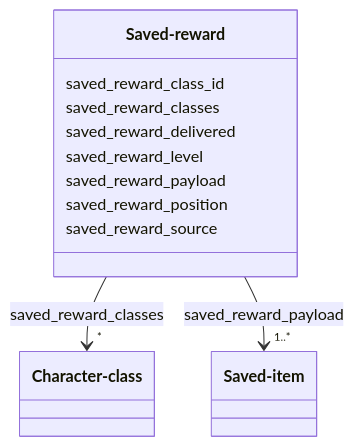
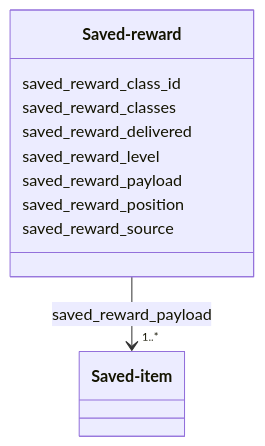
The diagram in docs/ontology/mermaid/classes/saved-reward.mmd (M4jor-Tom/pixlnd.game), drawn with Mermaid before and after one commit. The commit also changed 31 other files, not shown here.

```diff
--- a/docs/ontology/mermaid/classes/saved-reward.mmd
+++ b/docs/ontology/mermaid/classes/saved-reward.mmd
@@ -1,14 +1,12 @@
  classDiagram
     class `Saved-reward`
     click `Saved-reward` href "../Saved-reward"
       `Saved-reward` : saved_reward_class_id
       `Saved-reward` : saved_reward_classes
-        `Saved-reward` --> "*" `Character-class` : saved_reward_classes
-        click `Character-class` href "../Character-class"
       `Saved-reward` : saved_reward_delivered
       `Saved-reward` : saved_reward_level
       `Saved-reward` : saved_reward_payload
         `Saved-reward` --> "1..*" `Saved-item` : saved_reward_payload
         click `Saved-item` href "../Saved-item"
       `Saved-reward` : saved_reward_position
       `Saved-reward` : saved_reward_source
```
